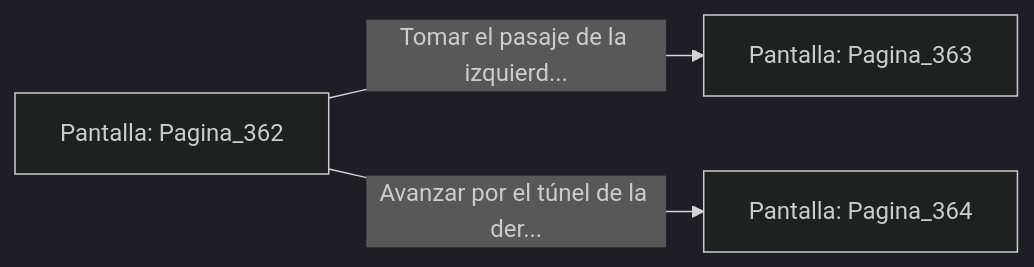
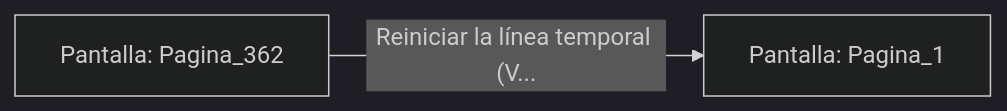
One commit to metsuke/mpl changed the diagram in sample/eligejuego-vault/Pantalla_Pagina_362.md. Above: the diagram before and after it, drawn with Mermaid (dark theme). The commit also changed other lines of this file and 635 other files, not shown here.

First line of the commit message:
fix: añadir Pagina_1 como pantalla inicial en capitulo_01.mpl

````diff
--- a/sample/eligejuego-vault/Pantalla_Pagina_362.md
+++ b/sample/eligejuego-vault/Pantalla_Pagina_362.md
@@ -20,6 +17,5 @@
 ```mermaid
 graph LR
     P_Pagina_362["Pantalla: Pagina_362"]
-    P_Pagina_362 -->|"Tomar el pasaje de la izquierd..."| P_Pagina_363["Pantalla: Pagina_363"]
-    P_Pagina_362 -->|"Avanzar por el túnel de la der..."| P_Pagina_364["Pantalla: Pagina_364"]
+    P_Pagina_362 -->|"Reiniciar la línea temporal (V..."| P_Pagina_1["Pantalla: Pagina_1"]
 ```
````
